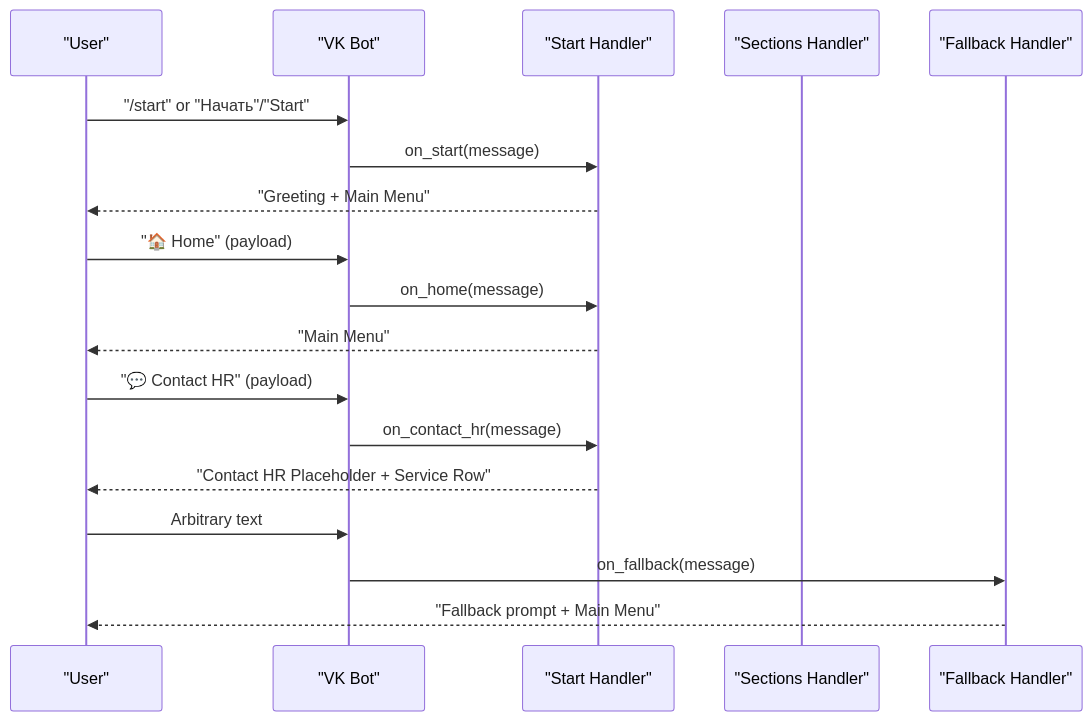
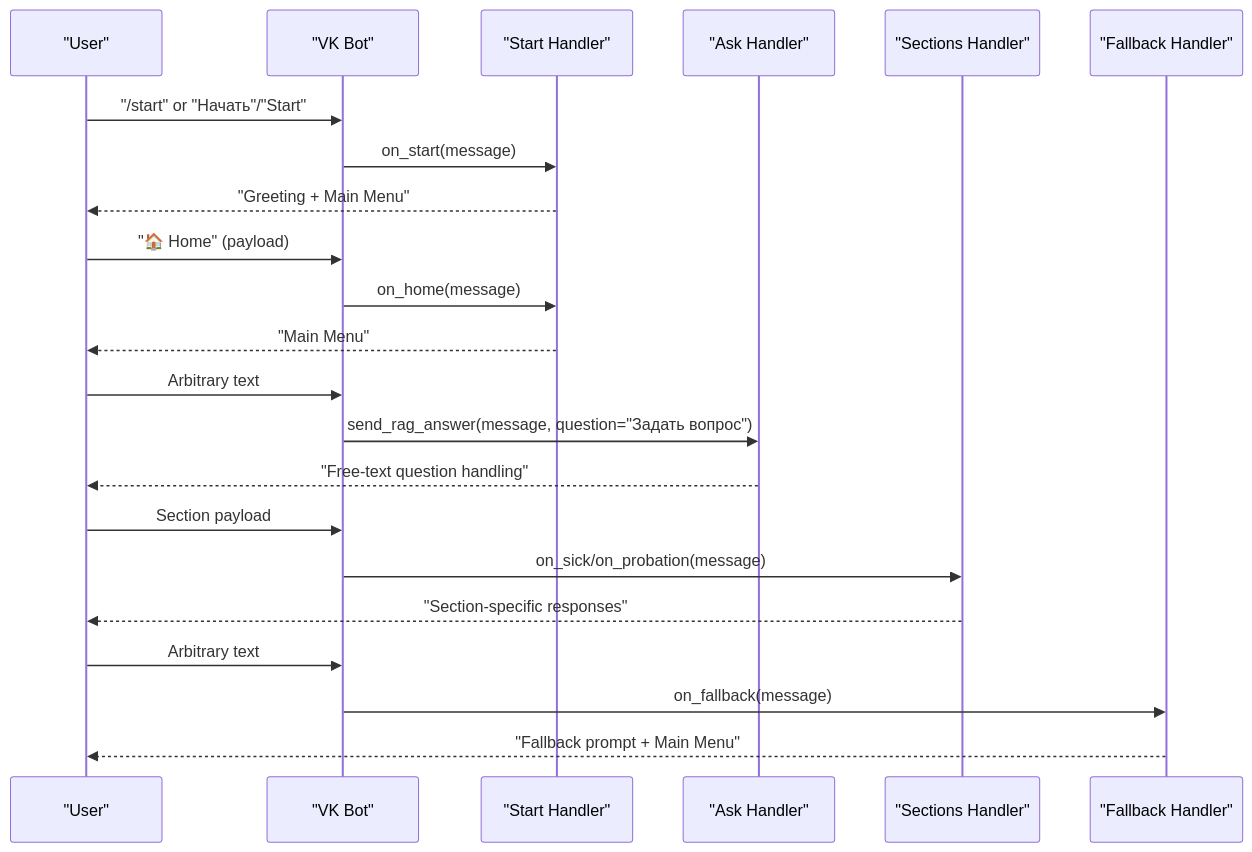
Before and after one commit to ognelis/cafetera_hr_bot: the second of 6 diagrams in .qoder/repowiki/en/content/Handler System/Start Handler.md, drawn with Mermaid. The commit also changed other lines of this file and 16 other files, not shown here.

````diff
--- a/.qoder/repowiki/en/content/Handler System/Start Handler.md
+++ b/.qoder/repowiki/en/content/Handler System/Start Handler.md
@@ -99,20 +113,24 @@
 ```mermaid
 sequenceDiagram
 participant User as "User"
 participant Bot as "VK Bot"
 participant Start as "Start Handler"
+participant Ask as "Ask Handler"
 participant Sections as "Sections Handler"
 participant Fallback as "Fallback Handler"
 User->>Bot : "/start" or "Начать"/"Start"
 Bot->>Start : on_start(message)
 Start-->>User : "Greeting + Main Menu"
 User->>Bot : "🏠 Home" (payload)
 Bot->>Start : on_home(message)
 Start-->>User : "Main Menu"
-User->>Bot : "💬 Contact HR" (payload)
-Bot->>Start : on_contact_hr(message)
-Start-->>User : "Contact HR Placeholder + Service Row"
+User->>Bot : Arbitrary text
+Bot->>Ask : send_rag_answer(message, question="Задать вопрос")
+Ask-->>User : "Free-text question handling"
+User->>Bot : Section payload
+Bot->>Sections : on_sick/on_probation(message)
+Sections-->>User : "Section-specific responses"
 User->>Bot : Arbitrary text
 Bot->>Fallback : on_fallback(message)
 Fallback-->>User : "Fallback prompt + Main Menu"
 ```
````
